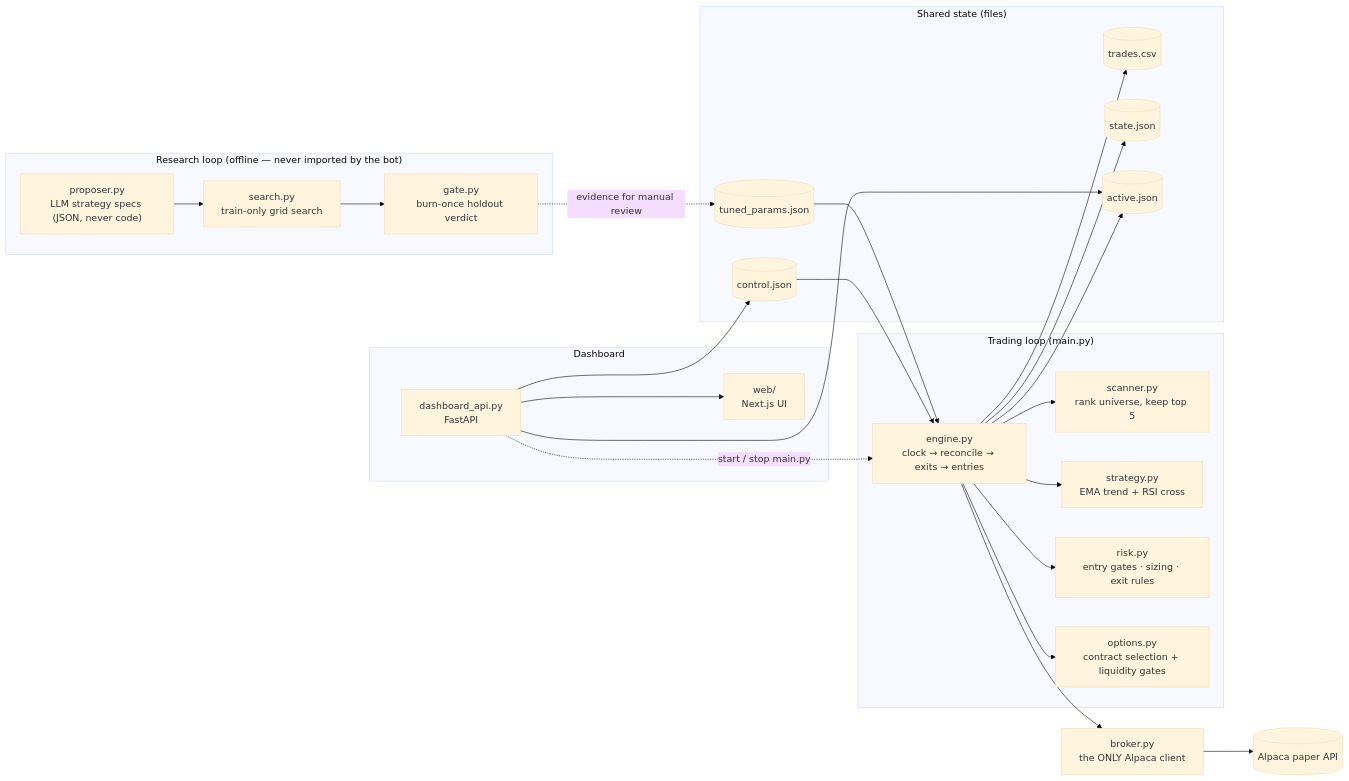
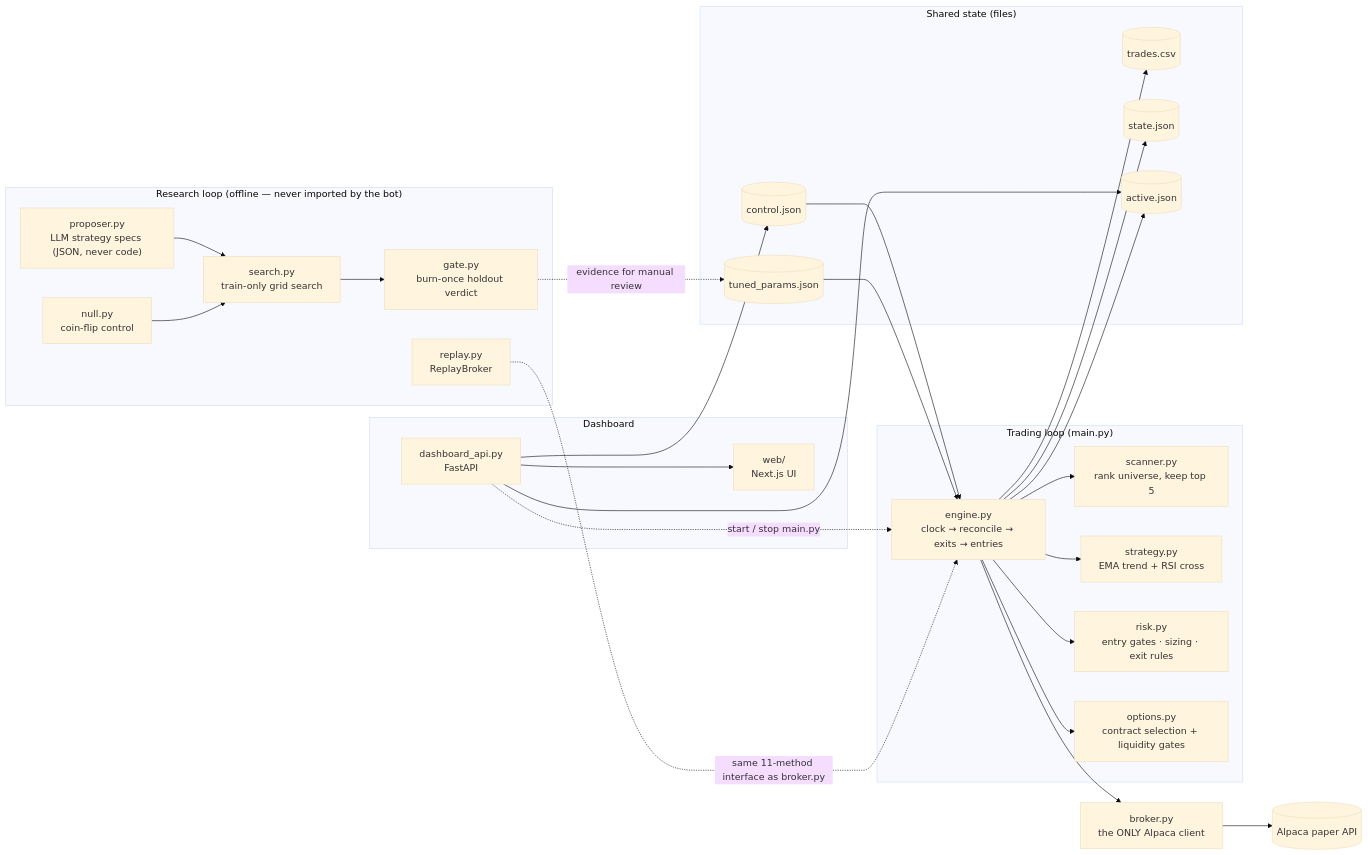
Before and after one commit to Manideep728/options-research-harness: the diagram in README.md, drawn with Mermaid (base theme). The commit also changed other lines of this file and 1 other file, not shown here.

````diff
--- a/README.md
+++ b/README.md
@@ -59,46 +200,50 @@
 ```mermaid
 flowchart LR
     subgraph loop["Trading loop (main.py)"]
         engine["engine.py<br/>clock → reconcile → exits → entries"]
         scanner["scanner.py<br/>rank universe, keep top 5"]
         strategy["strategy.py<br/>EMA trend + RSI cross"]
         risk["risk.py<br/>entry gates · sizing · exit rules"]
         options["options.py<br/>contract selection + liquidity gates"]
         engine --> scanner
         engine --> strategy
         engine --> risk
         engine --> options
     end
 
     broker["broker.py<br/>the ONLY Alpaca client"]
     alpaca[("Alpaca paper API")]
     engine --> broker --> alpaca
 
     subgraph state["Shared state (files)"]
         journal[("trades.csv")]
         day[("state.json")]
         active[("active.json")]
         control[("control.json")]
         tuned[("tuned_params.json")]
     end
     engine --> journal
     engine --> day
     engine --> active
     control --> engine
     tuned --> engine
 
     subgraph dash["Dashboard"]
         api["dashboard_api.py<br/>FastAPI"] --> web["web/<br/>Next.js UI"]
     end
     api --> active
     api --> control
     api -. "start / stop main.py" .-> engine
 
     subgraph research["Research loop (offline — never imported by the bot)"]
         search["search.py<br/>train-only grid search"]
+        nullmod["null.py<br/>coin-flip control"]
+        replaymod["replay.py<br/>ReplayBroker"]
         gate["gate.py<br/>burn-once holdout verdict"]
         proposer["proposer.py<br/>LLM strategy specs (JSON, never code)"]
         proposer --> search --> gate
+        nullmod --> search
     end
+    replaymod -. "same 11-method interface as broker.py" .-> engine
     gate -. "evidence for manual review" .-> tuned
 ```
````
